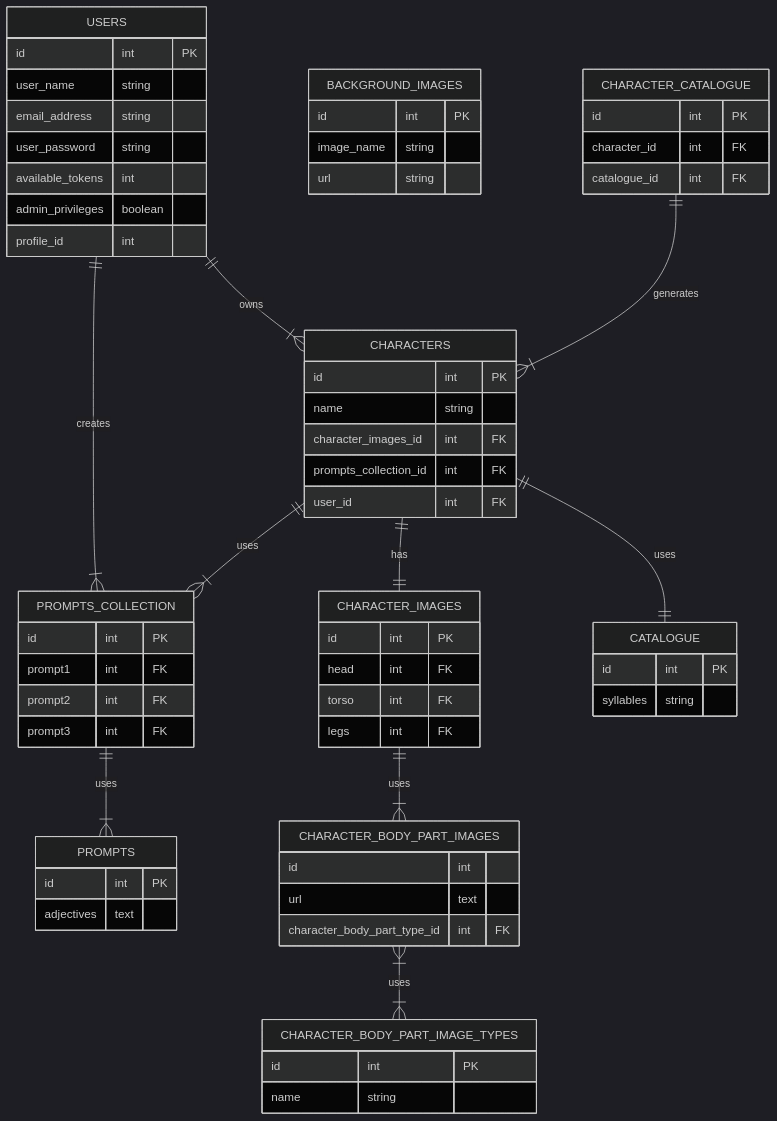
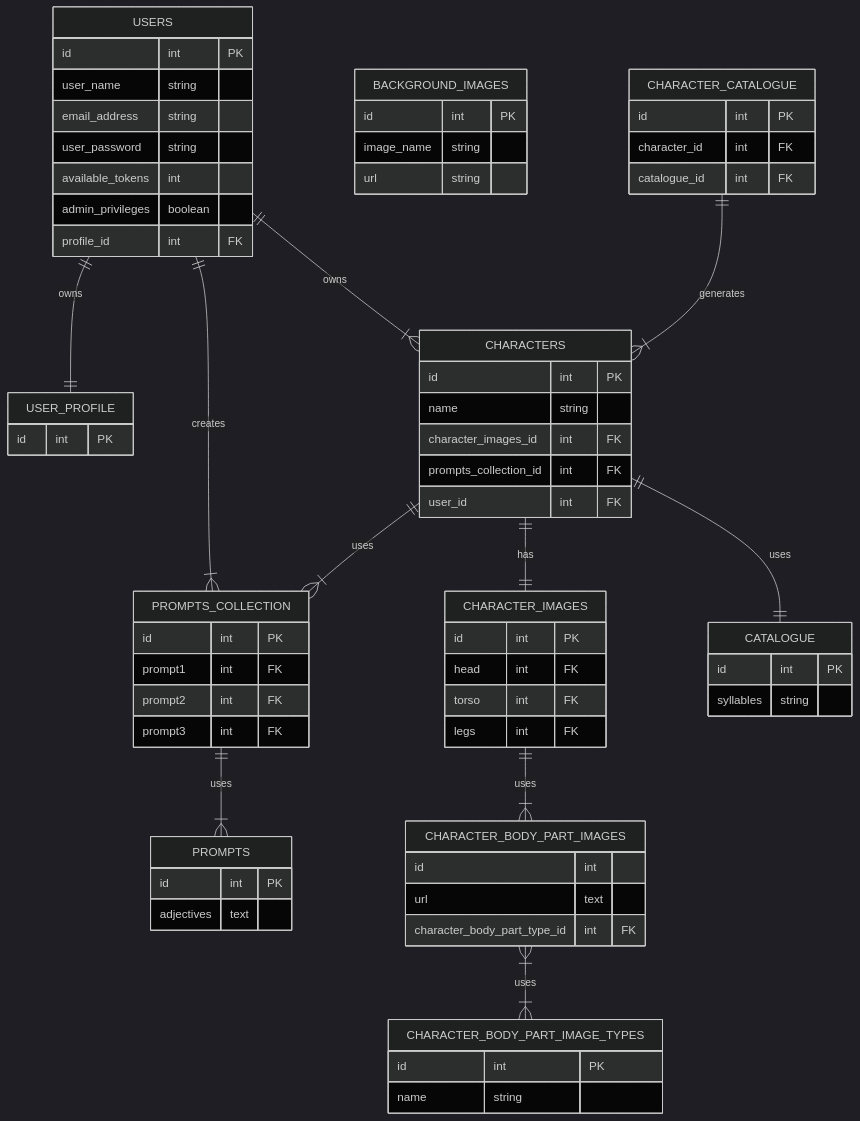
The second of 2 diagrams in README.md (Wren00/create-an-orc), drawn with Mermaid (dark theme) before and after one commit. The commit also changed other lines of this file, not shown here.

````diff
--- a/README.md
+++ b/README.md
@@ -68,69 +69,73 @@
 ```mermaid
 erDiagram
 direction TB
 USERS {
 	id int PK
 	user_name string
 	email_address string
 	user_password string
 	available_tokens int
 	admin_privileges boolean 
-	profile_id int
+	profile_id int FK
+}
+USER_PROFILE {
+	id int PK
 }
 PROMPTS {
  	id int PK
 	adjectives text
 }
 PROMPTS_COLLECTION {
 	id int PK
 	prompt1 int FK
 	prompt2 int FK
 	prompt3 int FK
 }
 CHARACTERS {
  	id int PK
 	name string
 	character_images_id int FK
 	prompts_collection_id int FK
 	user_id int FK
 }
 CHARACTER_IMAGES {
 	id int PK
 	head int FK
 	torso int FK
 	legs int FK
 }
 CHARACTER_BODY_PART_IMAGES {
 	id int
 	url text 
 	character_body_part_type_id int FK
 }
 CHARACTER_BODY_PART_IMAGE_TYPES {
 	id int PK
 	name string
 }
 BACKGROUND_IMAGES {
  	id int PK
 	image_name string
 	url string
 }
 CHARACTER_CATALOGUE {
 	id int PK
 	character_id int FK
 	catalogue_id int FK
 }
 CATALOGUE {
     id int PK
     syllables string
 }
 	USERS ||--|{ PROMPTS_COLLECTION : creates
 	USERS ||--|{ CHARACTERS : owns
+	USERS ||--|| USER_PROFILE : owns
 	CHARACTERS ||--|{ PROMPTS_COLLECTION : uses
 	CHARACTERS ||--|| CHARACTER_IMAGES : has
 	CHARACTERS ||--|| CATALOGUE : uses
 	CHARACTER_IMAGES ||--|{ CHARACTER_BODY_PART_IMAGES : uses
 	CHARACTER_BODY_PART_IMAGES }|--|{ CHARACTER_BODY_PART_IMAGE_TYPES : uses
 	CHARACTER_CATALOGUE ||--|{ CHARACTERS : generates
 	PROMPTS_COLLECTION ||--|{ PROMPTS : uses
 	
 ```
````
